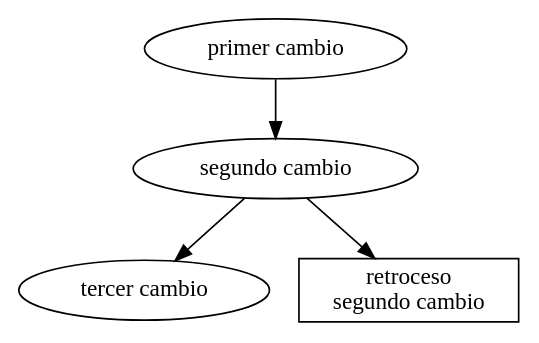
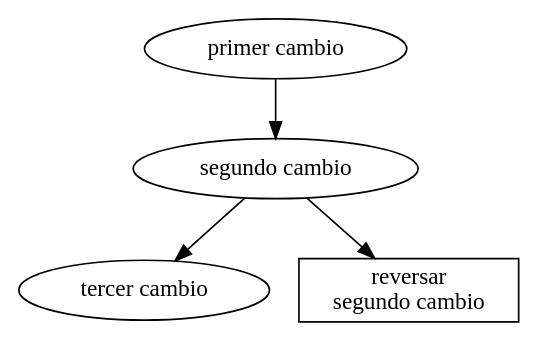
One commit to paugier/mercurial-book changed the diagram in es/undo-manual.dot. Above: the diagram before and after it, drawn with Graphviz. The commit also changed 7 other files, not shown here.

```diff
--- a/es/undo-manual.dot
+++ b/es/undo-manual.dot
@@ -1,6 +1,6 @@
 digraph undo_manual {
 	"primer cambio" -> "segundo cambio";
 	"segundo cambio" -> "tercer cambio";
-	backout [label="retroceso\nsegundo cambio", shape=box];
-	"segundo cambio" -> backout;
+	reversar [label="reversar\nsegundo cambio", shape=box];
+	"segundo cambio" -> reversar;
 }
```
